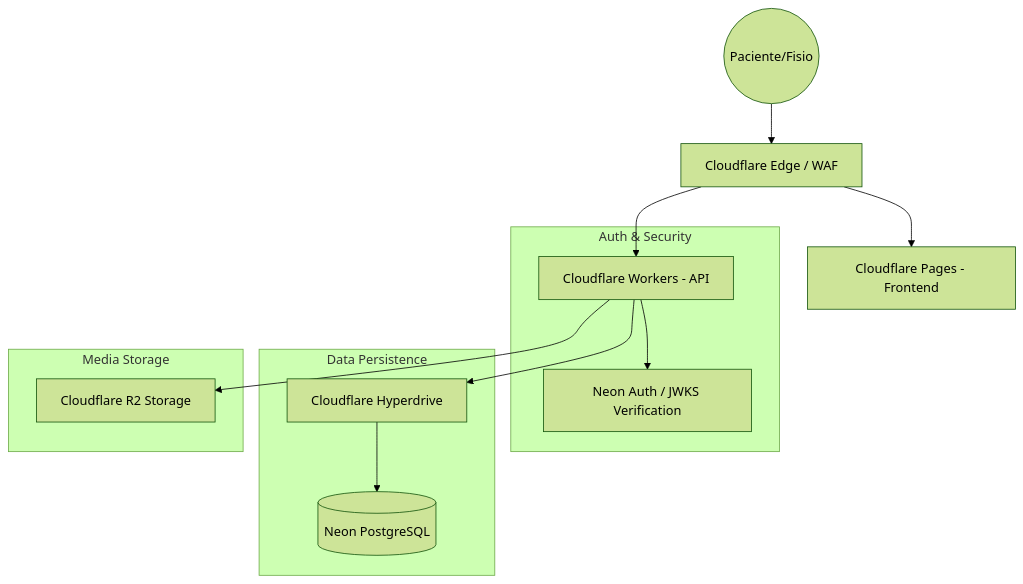
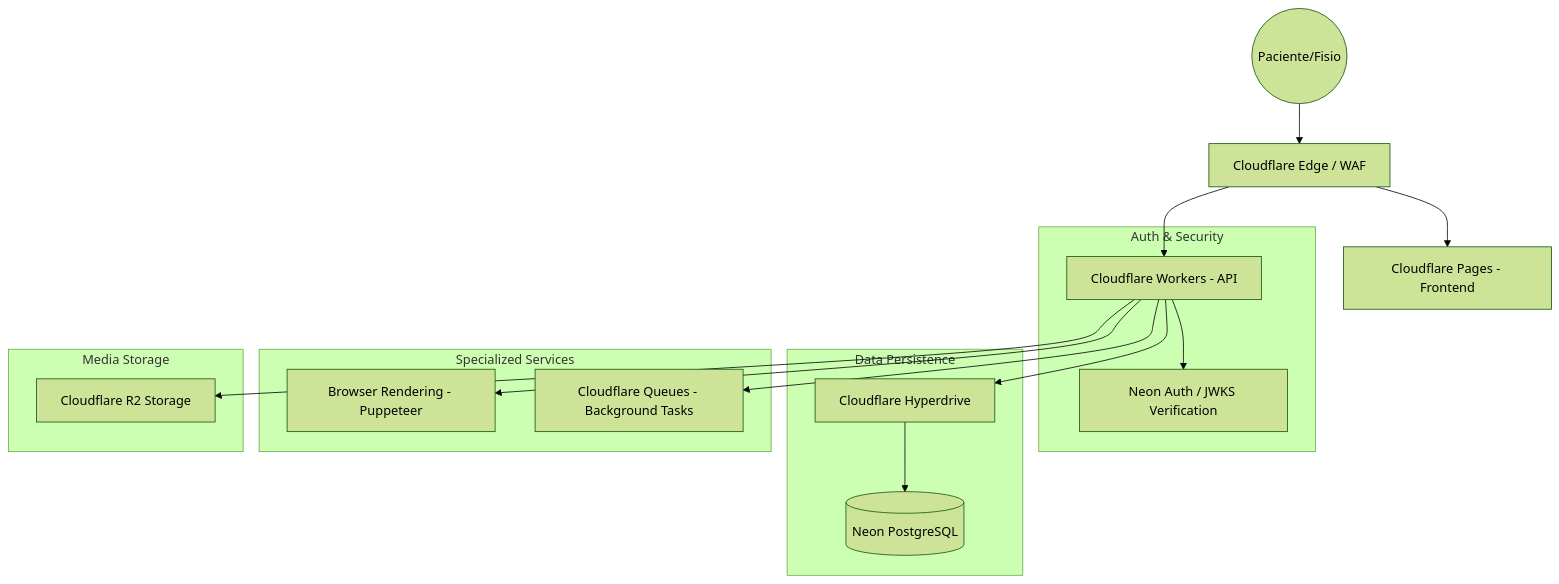
The diagram in ARCHITECTURE.md (rafaelminatto1/fisioflow-51658291), drawn with Mermaid (forest theme) before and after one commit. The commit also changed other lines of this file and 14 other files, not shown here.

````diff
--- a/ARCHITECTURE.md
+++ b/ARCHITECTURE.md
@@ -19,19 +21,24 @@
 ```mermaid
 graph TD
     User((Paciente/Fisio)) --> CF_Edge[Cloudflare Edge / WAF]
     CF_Edge --> CF_Pages[Cloudflare Pages - Frontend]
     CF_Edge --> CF_Workers[Cloudflare Workers - API]
 
     subgraph "Auth & Security"
         CF_Workers --> Neon_Auth[Neon Auth / JWKS Verification]
     end
 
     subgraph "Data Persistence"
         CF_Workers --> CF_Hyperdrive[Cloudflare Hyperdrive]
         CF_Hyperdrive --> Neon_DB[(Neon PostgreSQL)]
     end
 
+    subgraph "Specialized Services"
+        CF_Workers --> CF_Browser[Browser Rendering - Puppeteer]
+        CF_Workers --> CF_Queues[Cloudflare Queues - Background Tasks]
+    end
+
     subgraph "Media Storage"
         CF_Workers --> CF_R2[Cloudflare R2 Storage]
     end
 ```
````
